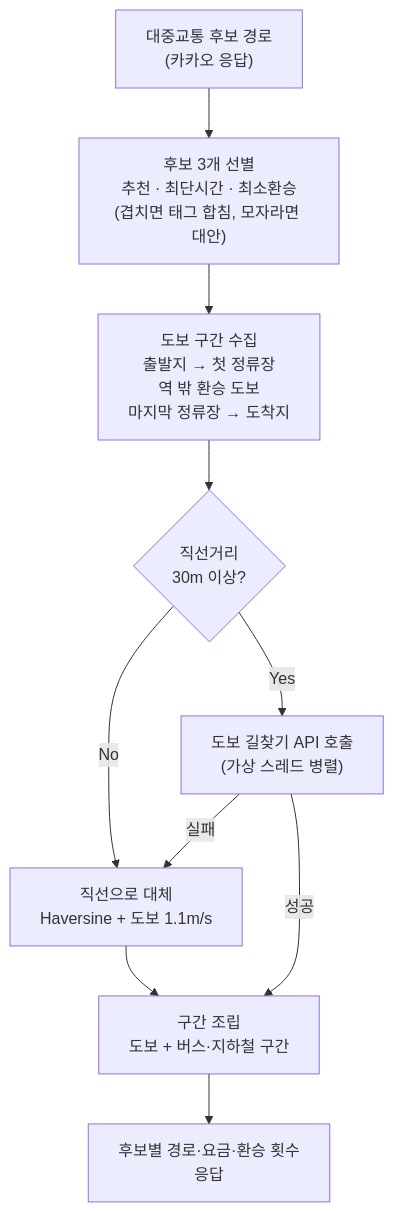
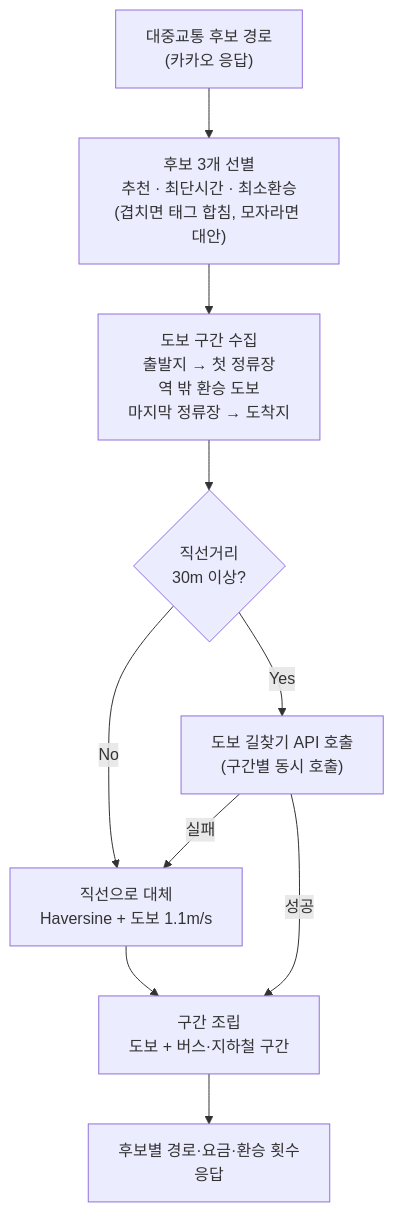
Before and after one commit to VITA-500/Vita-BE: the first of 2 diagrams in README.md, drawn with Mermaid. The commit also changed other lines of this file, not shown here.

First line of the commit message:
Refine distance calculation and API explanation in README

````diff
--- a/README.md
+++ b/README.md
@@ -224,12 +224,12 @@
 ```mermaid
 flowchart TD
     A["대중교통 후보 경로<br/>(카카오 응답)"] --> B["후보 3개 선별<br/>추천 · 최단시간 · 최소환승<br/>(겹치면 태그 합침, 모자라면 대안)"]
     B --> C["도보 구간 수집<br/>출발지 → 첫 정류장<br/>역 밖 환승 도보<br/>마지막 정류장 → 도착지"]
     C --> D{"직선거리<br/>30m 이상?"}
     D -->|No| E["직선으로 대체<br/>Haversine + 도보 1.1m/s"]
-    D -->|Yes| F["도보 길찾기 API 호출<br/>(가상 스레드 병렬)"]
+    D -->|Yes| F["도보 길찾기 API 호출<br/>(구간별 동시 호출)"]
     F -->|실패| E
     E --> G["구간 조립<br/>도보 + 버스·지하철 구간"]
     F -->|성공| G
     G --> H["후보별 경로·요금·환승 횟수<br/>응답"]
 ```
````
